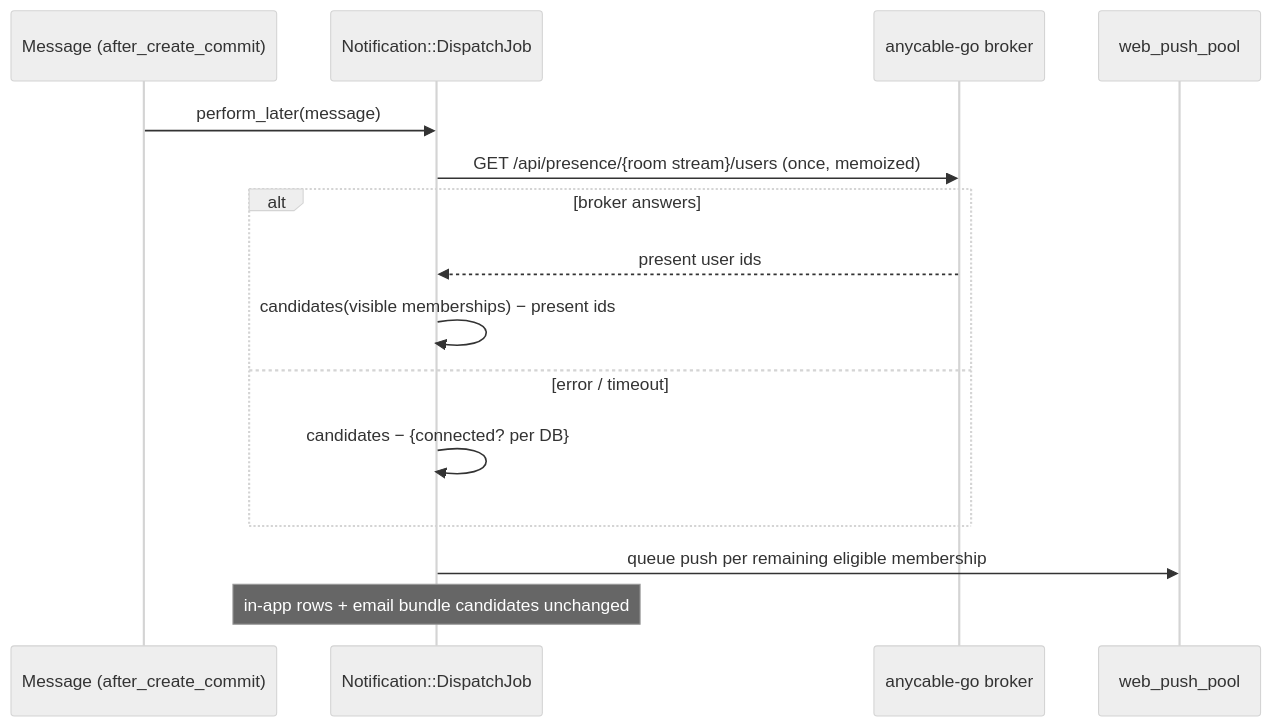
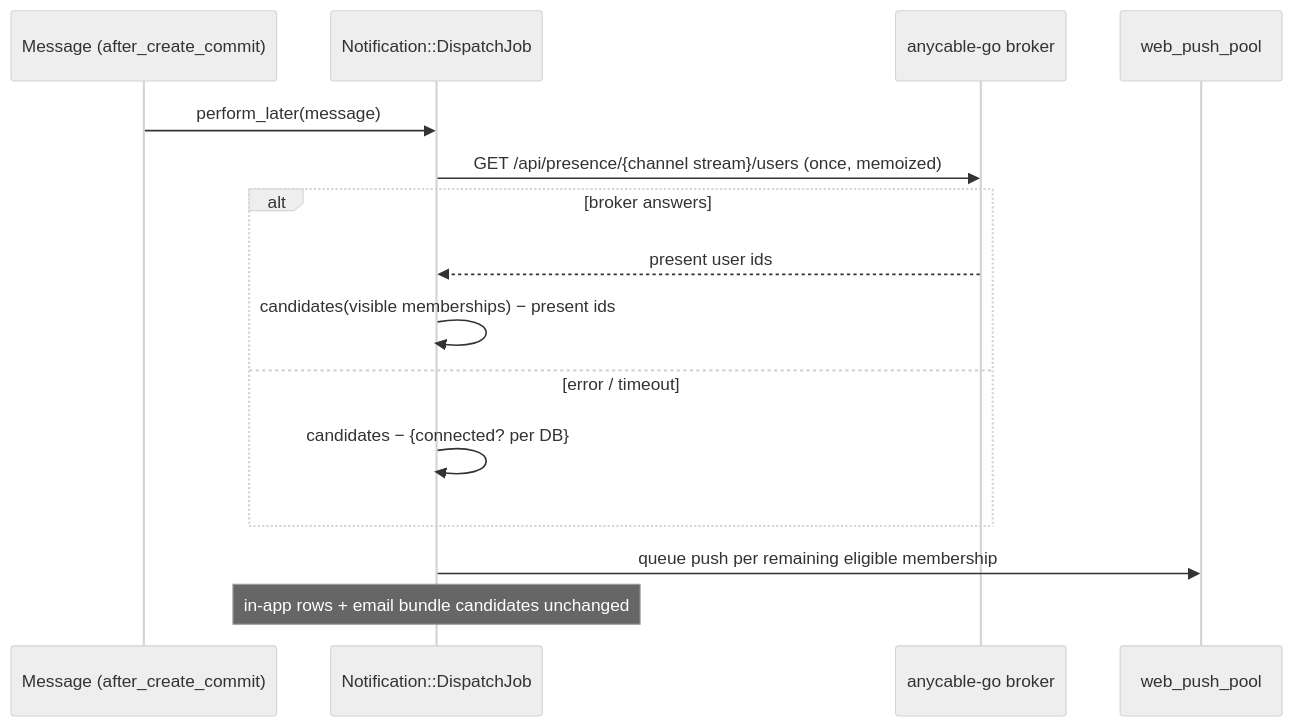
Before and after one commit to sabha-co/sabha: the first of 3 diagrams in docs/plans/2026-07-15-001-perf-presence-gated-push-unified-client-plan.md, drawn with Mermaid (neutral theme). The commit also changed other lines of this file and 689 other files, not shown here.

Commit message:
Rename room to channel (#219)

````diff
--- a/docs/plans/2026-07-15-001-perf-presence-gated-push-unified-client-plan.md
+++ b/docs/plans/2026-07-15-001-perf-presence-gated-push-unified-client-plan.md
@@ -78,18 +78,18 @@
 ```mermaid
 sequenceDiagram
   participant M as Message (after_create_commit)
   participant J as Notification::DispatchJob
   participant B as anycable-go broker
   participant P as web_push_pool
 
   M->>J: perform_later(message)
-  J->>B: GET /api/presence/{room stream}/users (once, memoized)
+  J->>B: GET /api/presence/{channel stream}/users (once, memoized)
   alt broker answers
     B-->>J: present user ids
     J->>J: candidates(visible memberships) − present ids
   else error / timeout
     J->>J: candidates − {connected? per DB}
   end
   J->>P: queue push per remaining eligible membership
   Note over J: in-app rows + email bundle candidates unchanged
 ```
````
